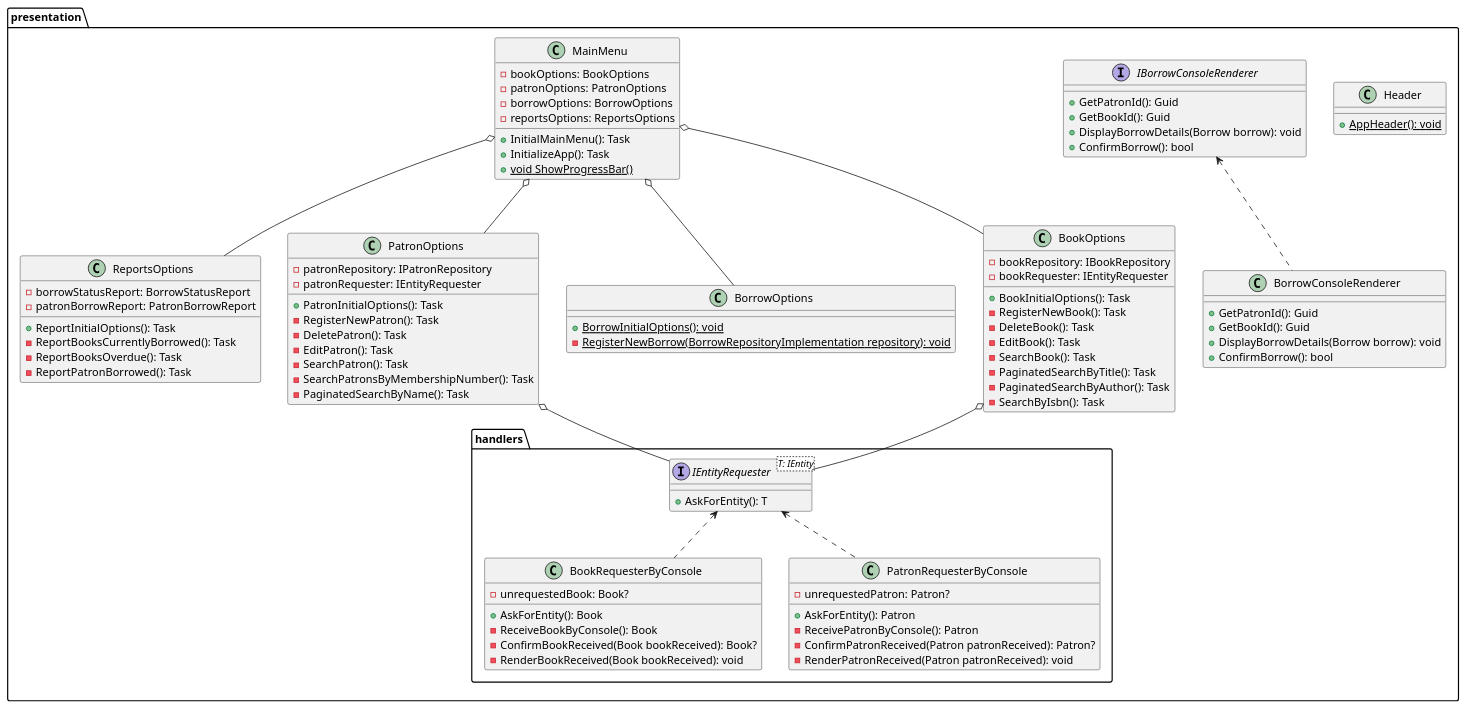
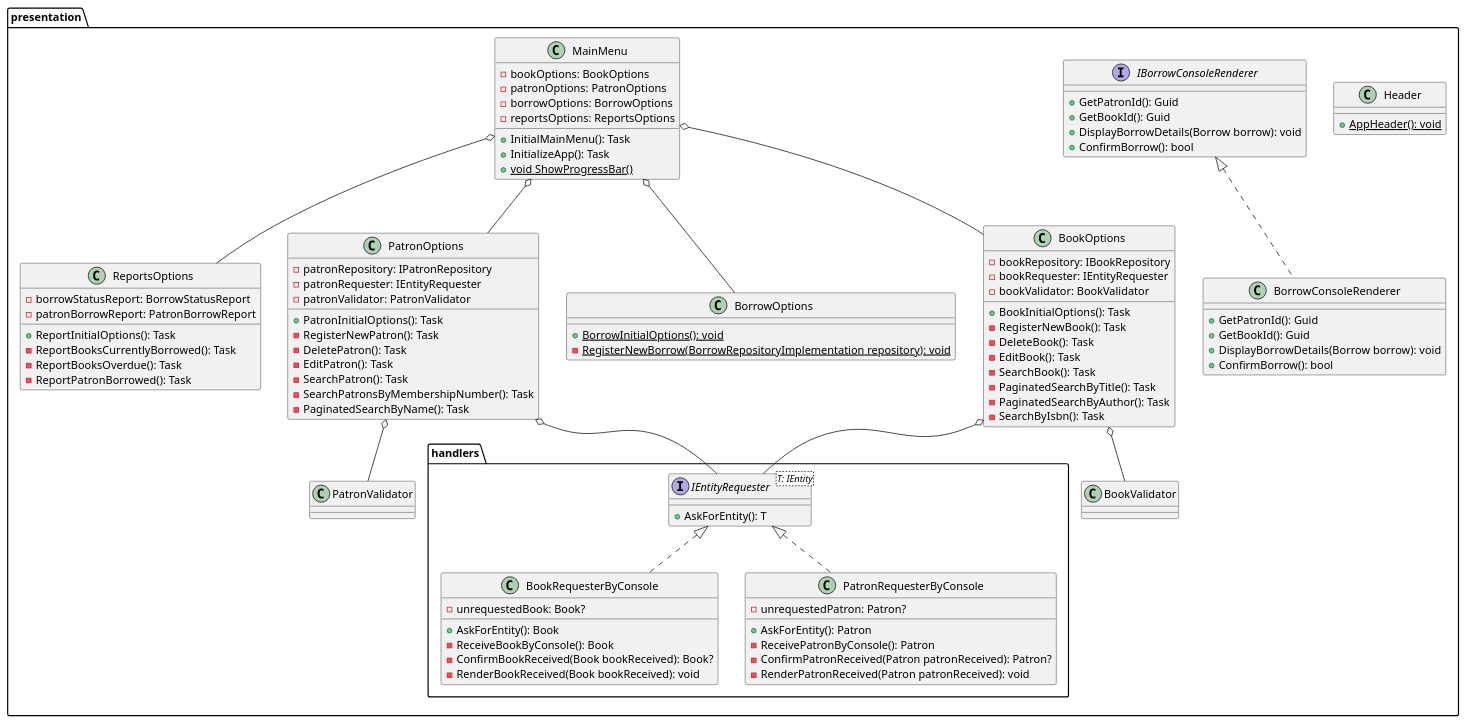
One commit to programacion-6/Opcion1LosBorbotones changed the diagram in system-design/class-diagram/presentation.puml. Above: the diagram before and after it, drawn with PlantUML. The commit also changed 7 other files, not shown here.

First line of the commit message:
chore: updated UML

```diff
--- a/system-design/class-diagram/presentation.puml
+++ b/system-design/class-diagram/presentation.puml
@@ -1,102 +1,106 @@
 @startuml
 package presentation {
 
     package handlers {
         class BookRequesterByConsole {
             - unrequestedBook: Book?
             + AskForEntity(): Book
             - ReceiveBookByConsole(): Book
             - ConfirmBookReceived(Book bookReceived): Book?
             - RenderBookReceived(Book bookReceived): void
         }
 
         class PatronRequesterByConsole {
             - unrequestedPatron: Patron?
             + AskForEntity(): Patron
             - ReceivePatronByConsole(): Patron
             - ConfirmPatronReceived(Patron patronReceived): Patron?
             - RenderPatronReceived(Patron patronReceived): void
         }
 
         interface IEntityRequester<T: IEntity> {
             + AskForEntity(): T
         }
-        IEntityRequester <.. BookRequesterByConsole
-        IEntityRequester <.. PatronRequesterByConsole
+        IEntityRequester <|.. BookRequesterByConsole
+        IEntityRequester <|.. PatronRequesterByConsole
     }
 
     class ReportsOptions {
         - borrowStatusReport: BorrowStatusReport
         - patronBorrowReport: PatronBorrowReport
         + ReportInitialOptions(): Task
         - ReportBooksCurrentlyBorrowed(): Task
         - ReportBooksOverdue(): Task
         - ReportPatronBorrowed(): Task
     }
 
     class Header {
         + {static} AppHeader(): void
     }
 
     class PatronOptions {
         - patronRepository: IPatronRepository
         - patronRequester: IEntityRequester
+        - patronValidator: PatronValidator
         + PatronInitialOptions(): Task
         - RegisterNewPatron(): Task
         - DeletePatron(): Task
         - EditPatron(): Task
         - SearchPatron(): Task
         - SearchPatronsByMembershipNumber(): Task
         - PaginatedSearchByName(): Task
     }
     PatronOptions o-- IEntityRequester
+    PatronOptions o-- PatronValidator
 
     class BorrowOptions {
         + {static} BorrowInitialOptions(): void
         - {static} RegisterNewBorrow(BorrowRepositoryImplementation repository): void
     }
 
     class BookOptions {
         - bookRepository: IBookRepository
         - bookRequester: IEntityRequester
+        - bookValidator: BookValidator
         + BookInitialOptions(): Task
         - RegisterNewBook(): Task
         - DeleteBook(): Task
         - EditBook(): Task
         - SearchBook(): Task
         - PaginatedSearchByTitle(): Task
         - PaginatedSearchByAuthor(): Task
         - SearchByIsbn(): Task
     }
     BookOptions o-- IEntityRequester
+    BookOptions o-- BookValidator
 
     class BorrowConsoleRenderer {
         + GetPatronId(): Guid
         + GetBookId(): Guid
         + DisplayBorrowDetails(Borrow borrow): void
         + ConfirmBorrow(): bool
     }
 
     interface IBorrowConsoleRenderer {
         + GetPatronId(): Guid
         + GetBookId(): Guid
         + DisplayBorrowDetails(Borrow borrow): void
         + ConfirmBorrow(): bool
     }
-    IBorrowConsoleRenderer <.. BorrowConsoleRenderer
+    IBorrowConsoleRenderer <|.. BorrowConsoleRenderer
 
     class MainMenu {
         - bookOptions: BookOptions
         - patronOptions: PatronOptions
         - borrowOptions: BorrowOptions
         - reportsOptions: ReportsOptions
         + InitialMainMenu(): Task
         + InitializeApp(): Task
         + {static} void ShowProgressBar()
     }
     MainMenu o-- BorrowOptions
     MainMenu o-- BookOptions
     MainMenu o-- PatronOptions
     MainMenu o-- ReportsOptions
 }
 @enduml
```
